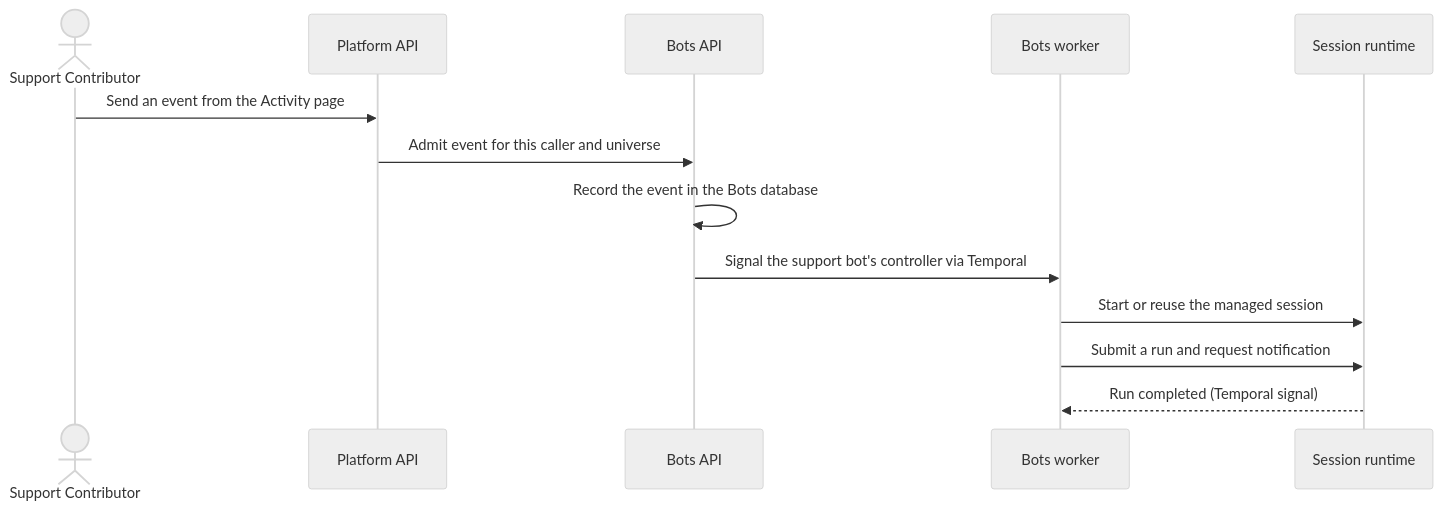
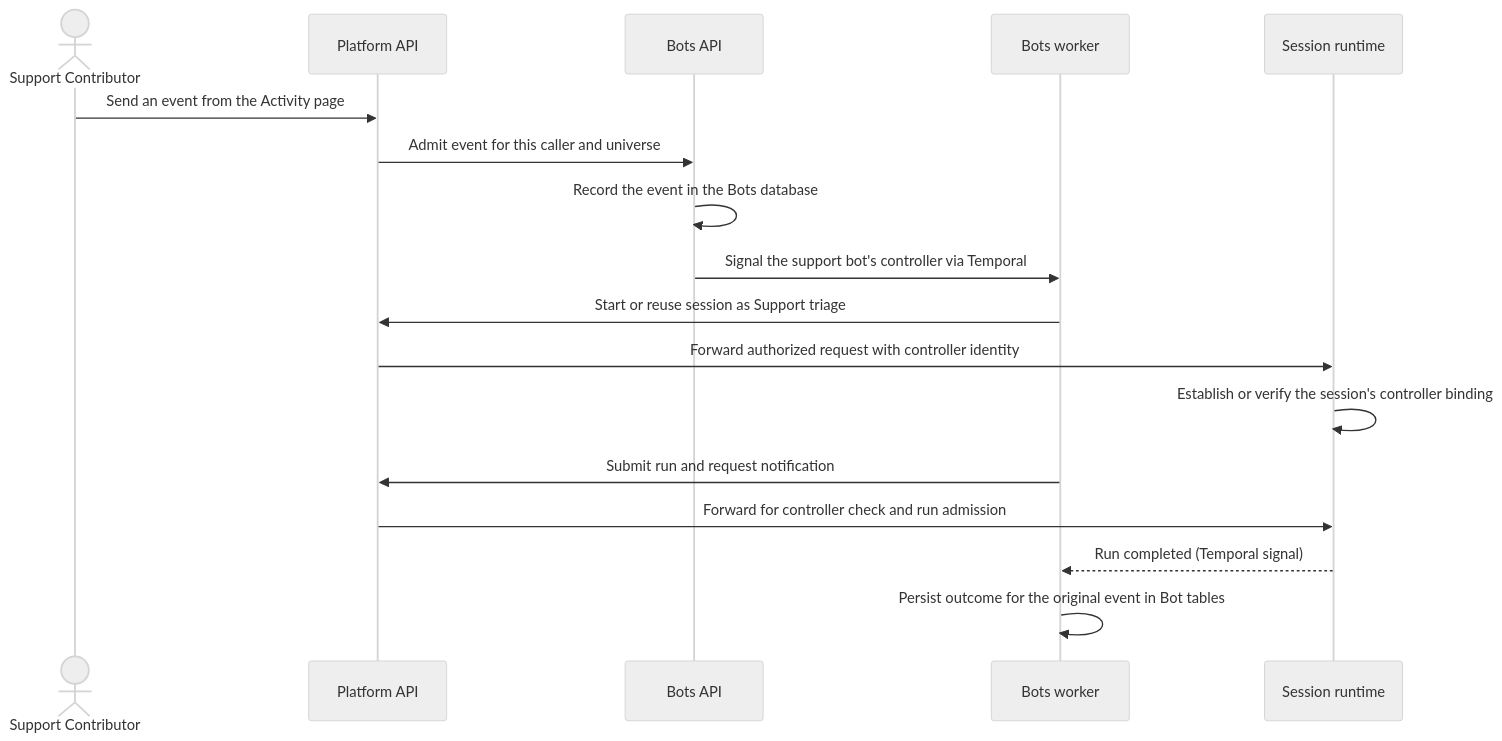
Before and after one commit to smartcomputer-ai/lightspeed: the third of 4 diagrams in docs/roadmap/later/pNNN-platform-modules.md, drawn with Mermaid (neutral theme). The commit also changed other lines of this file, not shown here.

````diff
--- a/docs/roadmap/later/pNNN-platform-modules.md
+++ b/docs/roadmap/later/pNNN-platform-modules.md
@@ -82,15 +86,19 @@
 ```mermaid
 sequenceDiagram
     actor U as Support Contributor
     participant P as Platform API
     participant B as Bots API
     participant W as Bots worker
     participant R as Session runtime
     U->>P: Send an event from the Activity page
     P->>B: Admit event for this caller and universe
     B->>B: Record the event in the Bots database
     B->>W: Signal the support bot's controller via Temporal
-    W->>R: Start or reuse the managed session
-    W->>R: Submit a run and request notification
+    W->>P: Start or reuse session as Support triage
+    P->>R: Forward authorized request with controller identity
+    R->>R: Establish or verify the session's controller binding
+    W->>P: Submit run and request notification
+    P->>R: Forward for controller check and run admission
     R-->>W: Run completed (Temporal signal)
+    W->>W: Persist outcome for the original event in Bot tables
 ```
````
